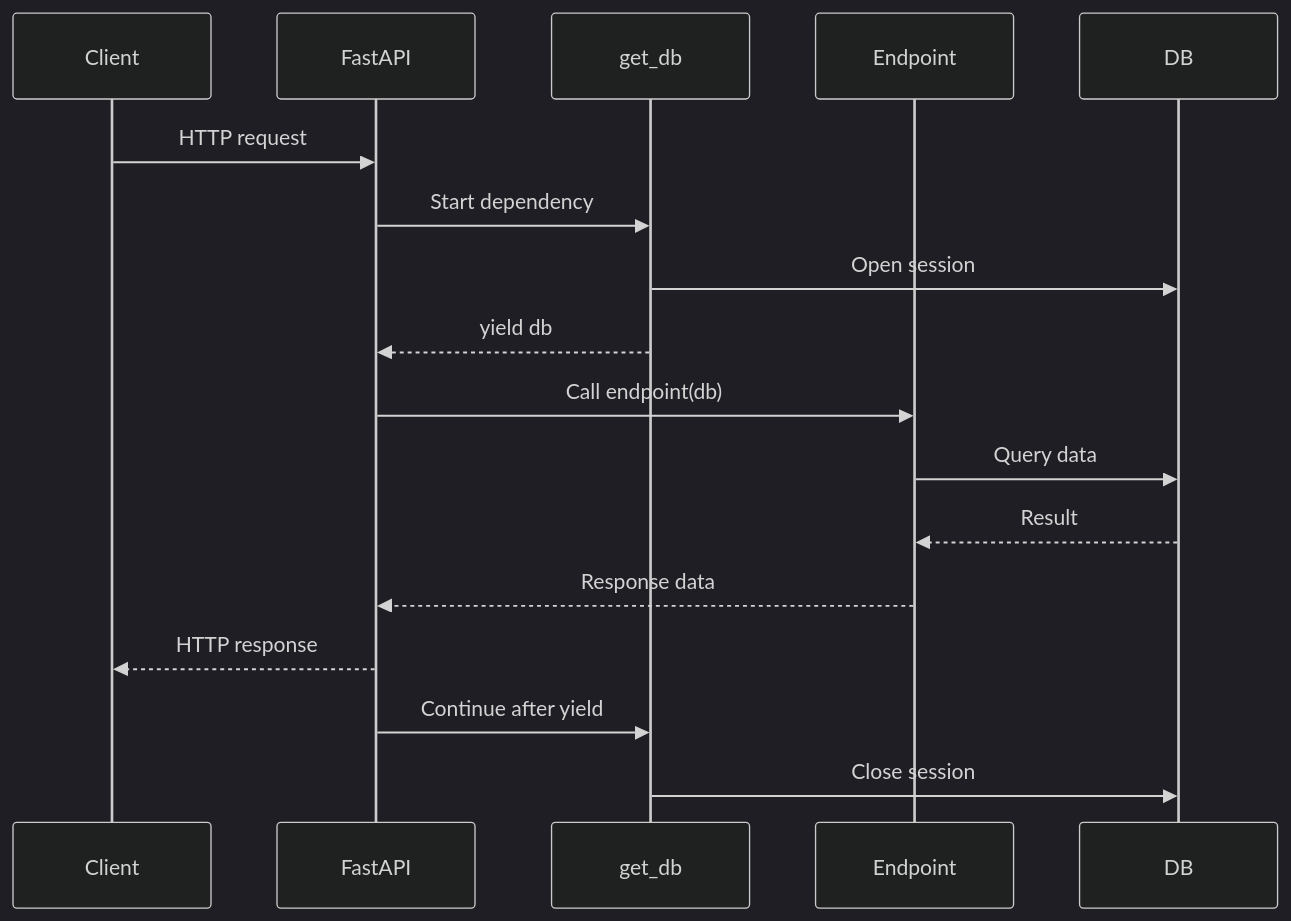
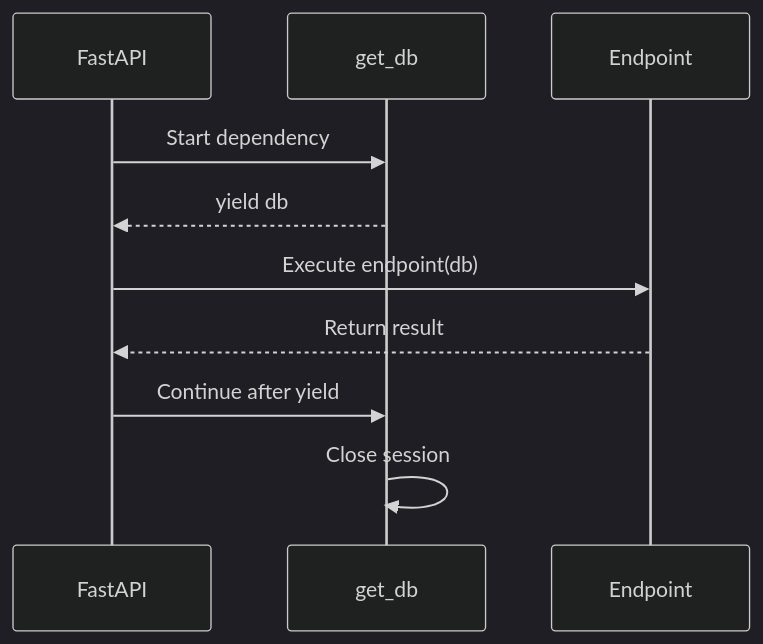
Before and after one commit to AvadhBhalodiya/Interview-Preparation: the fifth of 11 diagrams in src/content/fastapi/dependency-injection-depends.md, drawn with Mermaid (dark theme). The commit also changed other lines of this file and 80 other files, not shown here.

````diff
--- a/src/content/fastapi/dependency-injection-depends.md
+++ b/src/content/fastapi/dependency-injection-depends.md
@@ -564,20 +323,13 @@
 ```mermaid
 sequenceDiagram
-    participant Client
-    participant FastAPI
-    participant Dependency as get_db
-    participant Endpoint
-    participant DB
+    participant F as FastAPI
+    participant D as get_db
+    participant E as Endpoint
 
-    Client->>FastAPI: HTTP request
-    FastAPI->>Dependency: Start dependency
-    Dependency->>DB: Open session
-    Dependency-->>FastAPI: yield db
-    FastAPI->>Endpoint: Call endpoint(db)
-    Endpoint->>DB: Query data
-    DB-->>Endpoint: Result
-    Endpoint-->>FastAPI: Response data
-    FastAPI-->>Client: HTTP response
-    FastAPI->>Dependency: Continue after yield
-    Dependency->>DB: Close session
+    F->>D: Start dependency
+    D-->>F: yield db
+    F->>E: Execute endpoint(db)
+    E-->>F: Return result
+    F->>D: Continue after yield
+    D->>D: Close session
 ```
````
